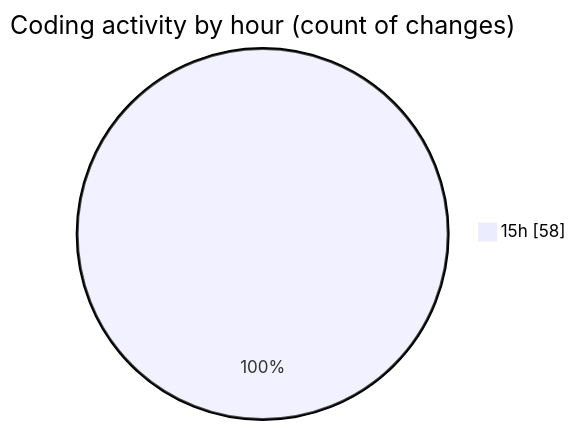
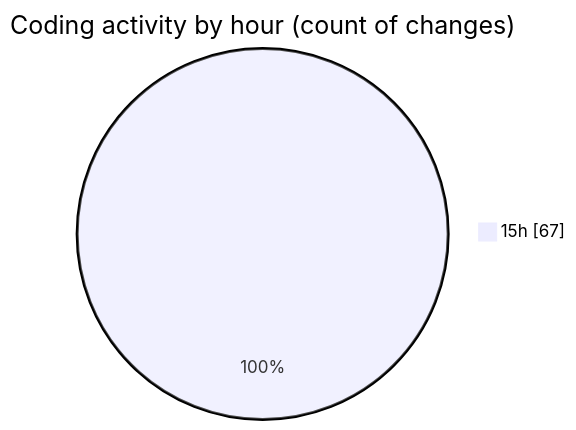
The second of 2 diagrams in 2025-09-01/project_3/README.md (IJAZ3593/code-tracking), drawn with Mermaid before and after one commit. The commit also changed other lines of this file and 1 other file, not shown here.

````diff
--- a/2025-09-01/project_3/README.md
+++ b/2025-09-01/project_3/README.md
@@ -36,5 +36,5 @@
 ```mermaid
 pie showData
 title Coding activity by hour (count of changes)
-"15h" : 58
+"15h" : 67
 ```
````
